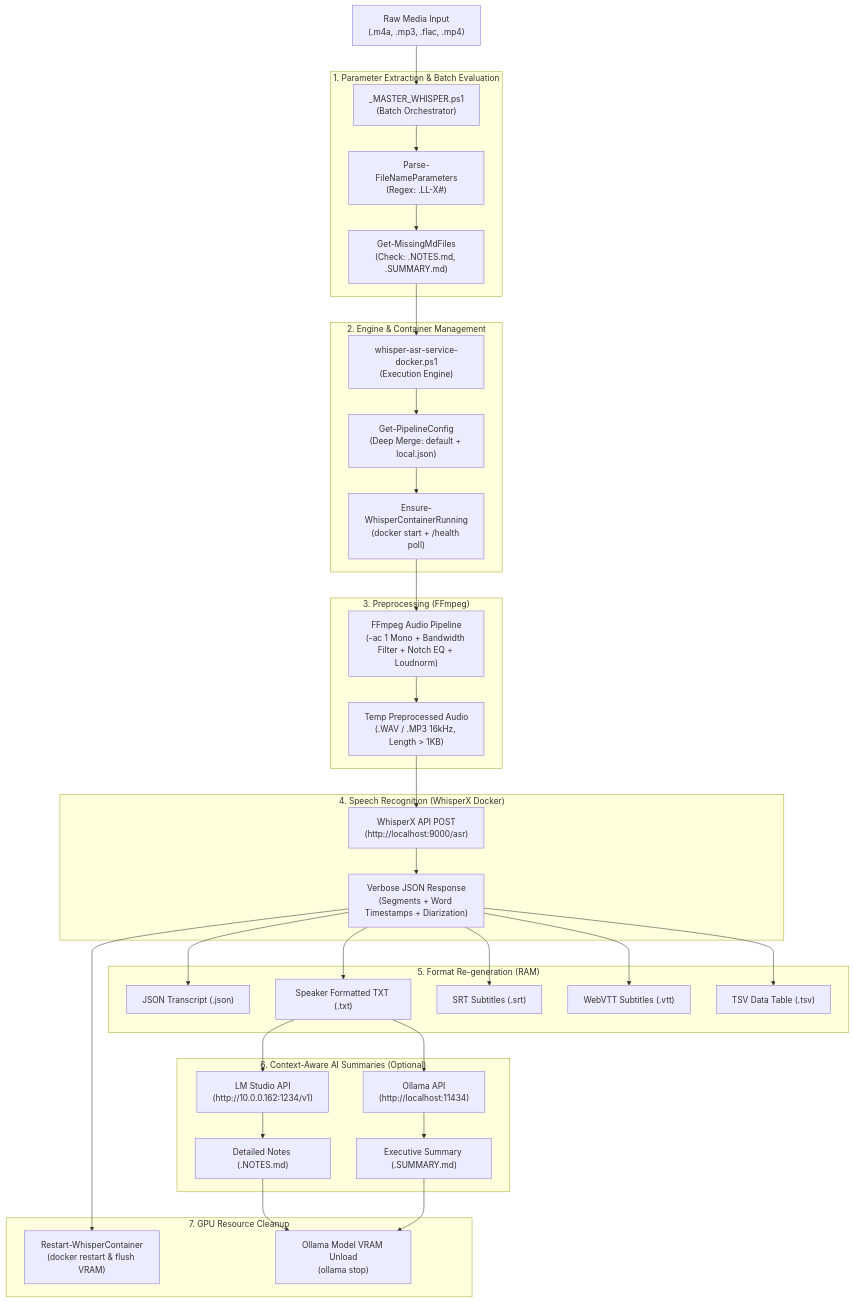
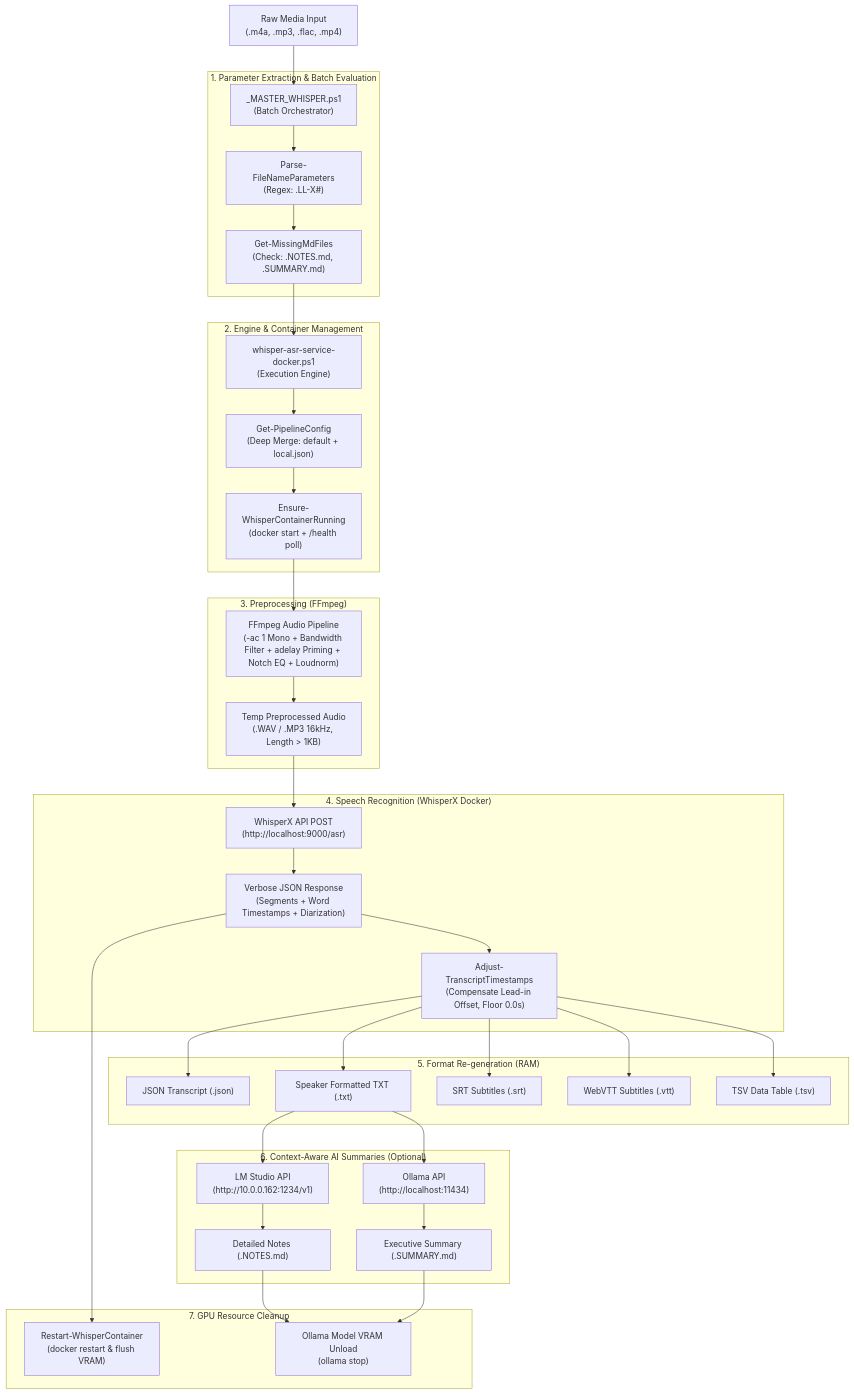
The first of 3 diagrams in docs/ARCHITECTURE.md (dataquo/whisper-llm-notes), drawn with Mermaid before and after one commit. The commit also changed other lines of this file and 12 other files, not shown here.

First line of the commit message:
feat(v06.03): add lead-in silence priming, timestamp compensation & phone profile calibration

````diff
--- a/docs/ARCHITECTURE.md
+++ b/docs/ARCHITECTURE.md
@@ -11,45 +11,46 @@
 ```mermaid
 flowchart TD
     A["Raw Media Input\n(.m4a, .mp3, .flac, .mp4)"] --> B["_MASTER_WHISPER.ps1\n(Batch Orchestrator)"]
     
     subgraph ParameterExtraction["1. Parameter Extraction & Batch Evaluation"]
         B --> C["Parse-FileNameParameters\n(Regex: .LL-X#)"]
         C --> D["Get-MissingMdFiles\n(Check: .NOTES.md, .SUMMARY.md)"]
     end
     
     subgraph EngineLifecycle["2. Engine & Container Management"]
         D --> E["whisper-asr-service-docker.ps1\n(Execution Engine)"]
         E --> F["Get-PipelineConfig\n(Deep Merge: default + local.json)"]
         F --> G["Ensure-WhisperContainerRunning\n(docker start + /health poll)"]
     end
 
     subgraph AudioPreprocessing["3. Preprocessing (FFmpeg)"]
-        G --> H["FFmpeg Audio Pipeline\n(-ac 1 Mono + Bandwidth Filter + Notch EQ + Loudnorm)"]
+        G --> H["FFmpeg Audio Pipeline\n(-ac 1 Mono + Bandwidth Filter + adelay Priming + Notch EQ + Loudnorm)"]
         H --> I["Temp Preprocessed Audio\n(.WAV / .MP3 16kHz, Length > 1KB)"]
     end
     
     subgraph ASRTranscription["4. Speech Recognition (WhisperX Docker)"]
         I --> J["WhisperX API POST\n(http://localhost:9000/asr)"]
         J --> K["Verbose JSON Response\n(Segments + Word Timestamps + Diarization)"]
+        K --> K2["Adjust-TranscriptTimestamps\n(Compensate Lead-in Offset, Floor 0.0s)"]
     end
 
     subgraph MultiFormatGeneration["5. Format Re-generation (RAM)"]
-        K --> L["JSON Transcript (.json)"]
-        K --> M["Speaker Formatted TXT (.txt)"]
-        K --> N["SRT Subtitles (.srt)"]
-        K --> O["WebVTT Subtitles (.vtt)"]
-        K --> P["TSV Data Table (.tsv)"]
+        K2 --> L["JSON Transcript (.json)"]
+        K2 --> M["Speaker Formatted TXT (.txt)"]
+        K2 --> N["SRT Subtitles (.srt)"]
+        K2 --> O["WebVTT Subtitles (.vtt)"]
+        K2 --> P["TSV Data Table (.tsv)"]
     end
 
     subgraph AISummarization["6. Context-Aware AI Summaries (Optional)"]
         M --> Q["LM Studio API\n(http://10.0.0.162:1234/v1)"]
         Q --> R["Detailed Notes (.NOTES.md)"]
         M --> S["Ollama API\n(http://localhost:11434)"]
         S --> T["Executive Summary (.SUMMARY.md)"]
     end
 
     subgraph ResourceOptimization["7. GPU Resource Cleanup"]
         K --> U["Restart-WhisperContainer\n(docker restart & flush VRAM)"]
         R & T --> V["Ollama Model VRAM Unload\n(ollama stop)"]
     end
 ```
````
